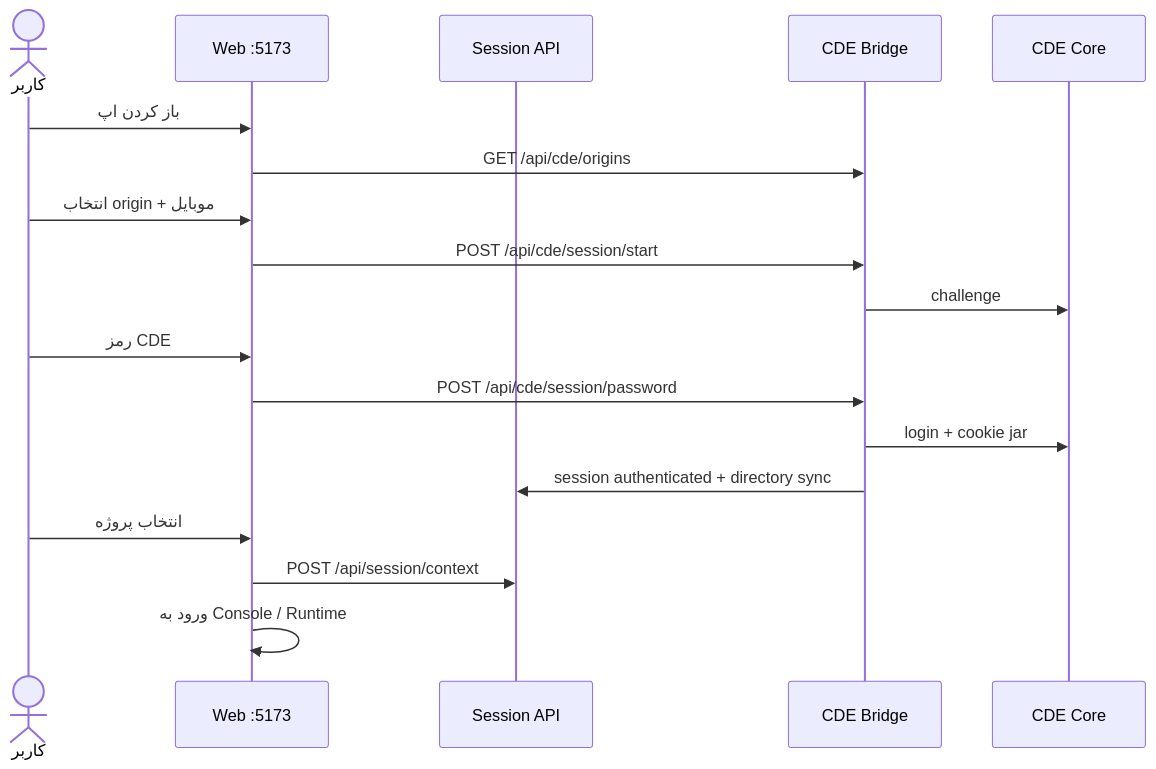
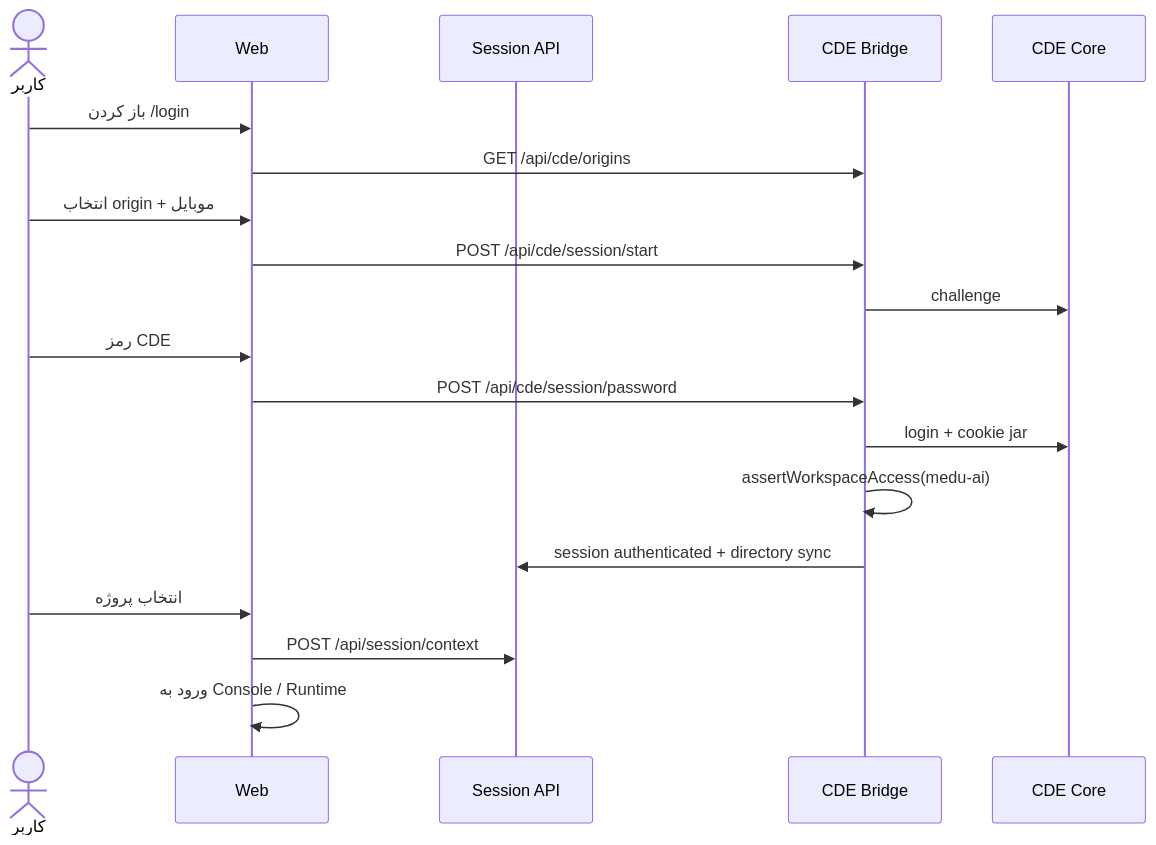
Before and after one commit to themaryamhasani/API-CONSOLE: the second of 3 diagrams in docs/approaches/01-cde.md, drawn with Mermaid. The commit also changed other lines of this file and 35 other files, not shown here.

````diff
--- a/docs/approaches/01-cde.md
+++ b/docs/approaches/01-cde.md
@@ -11,20 +35,21 @@
 ```mermaid
 sequenceDiagram
   actor U as کاربر
-  participant W as Web :5173
+  participant W as Web
   participant S as Session API
   participant C as CDE Bridge
   participant CP as CDE Core
-  U->>W: باز کردن اپ
+  U->>W: باز کردن /login
   W->>C: GET /api/cde/origins
   U->>W: انتخاب origin + موبایل
   W->>C: POST /api/cde/session/start
   C->>CP: challenge
   U->>W: رمز CDE
   W->>C: POST /api/cde/session/password
   C->>CP: login + cookie jar
+  C->>C: assertWorkspaceAccess(medu-ai)
   C->>S: session authenticated + directory sync
   U->>W: انتخاب پروژه
   W->>S: POST /api/session/context
   W->>W: ورود به Console / Runtime
 ```
````
